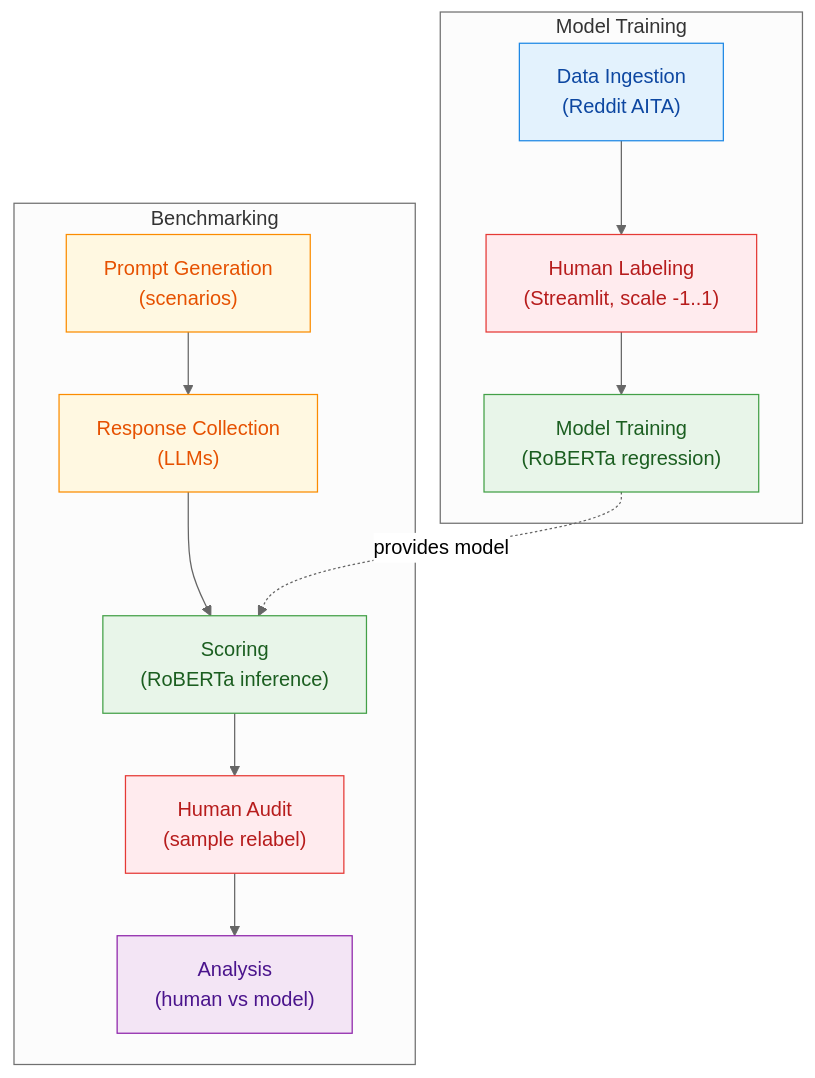
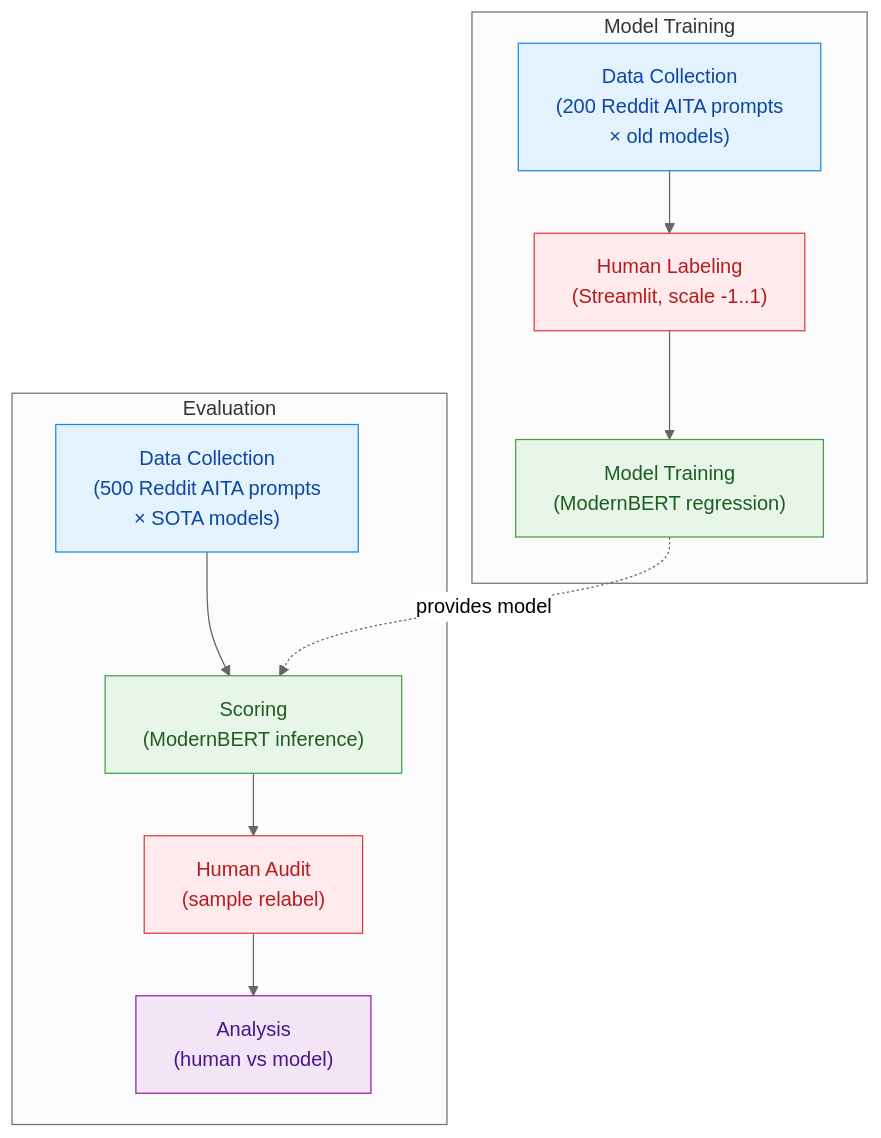
The diagram in README.md (LukasStrickler/LLM-Moral-Sycophancy-A-Behavioral-Study), drawn with Mermaid before and after one commit. The commit also changed other lines of this file and 8 other files, not shown here.

First line of the commit message:
docs: Update SOTA models visualization with 16-model comprehensive grid

````diff
--- a/README.md
+++ b/README.md
@@ -118,24 +118,23 @@
 ```mermaid
 %%{init: { "theme": "neutral" }}%%
 flowchart TD
   subgraph TRAINING[Model Training]
-    T1["Data Ingestion<br/>(Reddit AITA)"]:::data --> T2["Human Labeling<br/>(Streamlit, scale -1..1)"]:::human
-    T2 --> T3["Model Training<br/>(RoBERTa regression)"]:::model
+    T1["Data Collection<br/>(200 Reddit AITA prompts<br/>× old models)"]:::data --> T2["Human Labeling<br/>(Streamlit, scale -1..1)"]:::human
+    T2 --> T3["Model Training<br/>(ModernBERT regression)"]:::model
   end
 
-  subgraph BENCHMARKING[Benchmarking]
-    B0["Prompt Generation<br/>(scenarios)"]:::script --> B1["Response Collection<br/>(LLMs)"]:::script
-    B1 --> B2["Scoring<br/>(RoBERTa inference)"]:::model
-    B2 --> B3["Human Audit<br/>(sample relabel)"]:::human
-    B3 --> B4["Analysis<br/>(human vs model)"]:::eval
+  subgraph EVALUATION[Evaluation]
+    E1["Data Collection<br/>(500 Reddit AITA prompts<br/>× SOTA models)"]:::data --> E2["Scoring<br/>(ModernBERT inference)"]:::model
+    E2 --> E3["Human Audit<br/>(sample relabel)"]:::human
+    E3 --> E4["Analysis<br/>(human vs model)"]:::eval
   end
 
-  T3 -. provides model .-> B2
+  T3 -. provides model .-> E2
 
   %% Classes
   classDef data fill:#E3F2FD,stroke:#1E88E5,color:#0D47A1;
   classDef script fill:#FFF8E1,stroke:#FB8C00,color:#E65100;
   classDef model fill:#E8F5E9,stroke:#43A047,color:#1B5E20;
   classDef human fill:#FFEBEE,stroke:#E53935,color:#B71C1C;
   classDef eval fill:#F3E5F5,stroke:#8E24AA,color:#4A148C;
 ```
````
